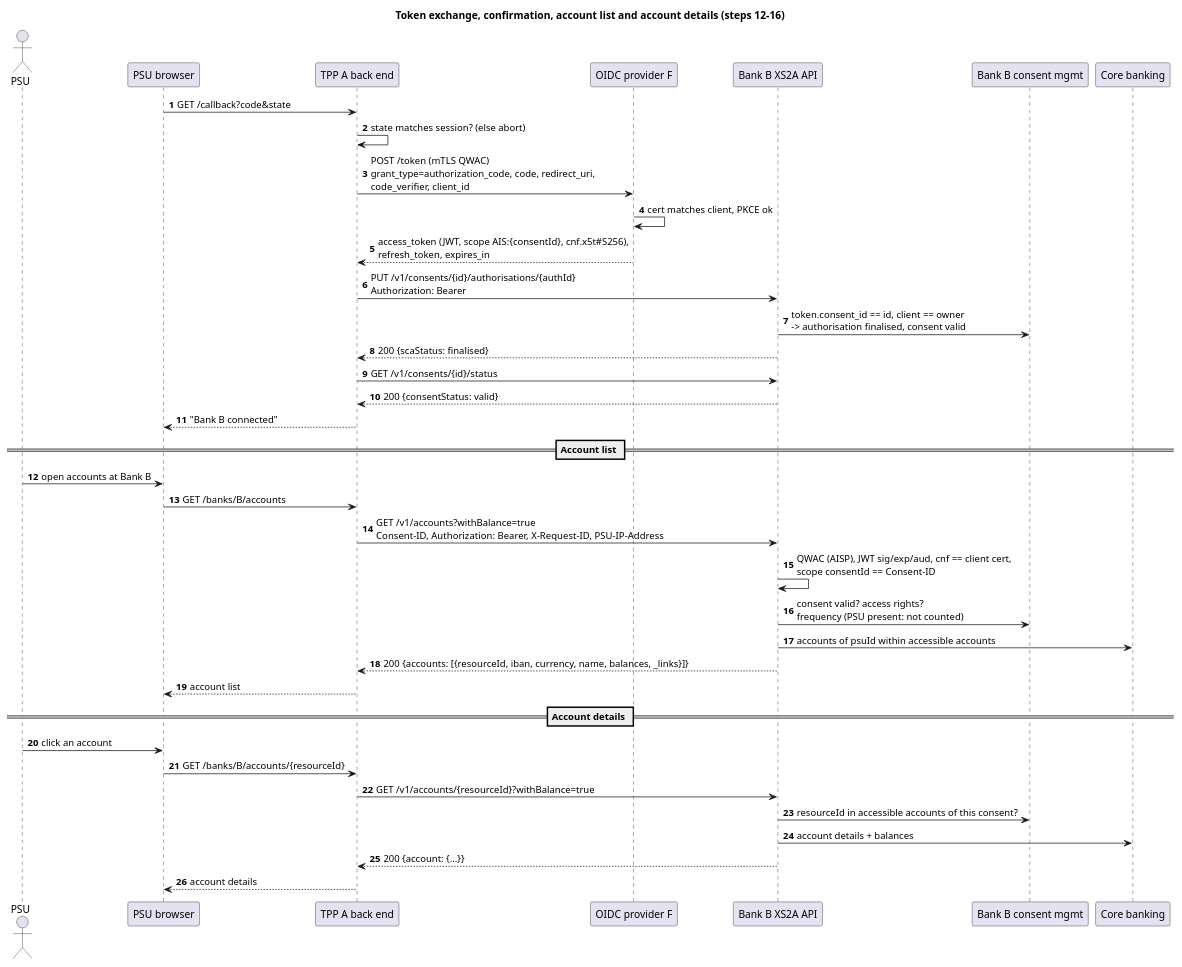
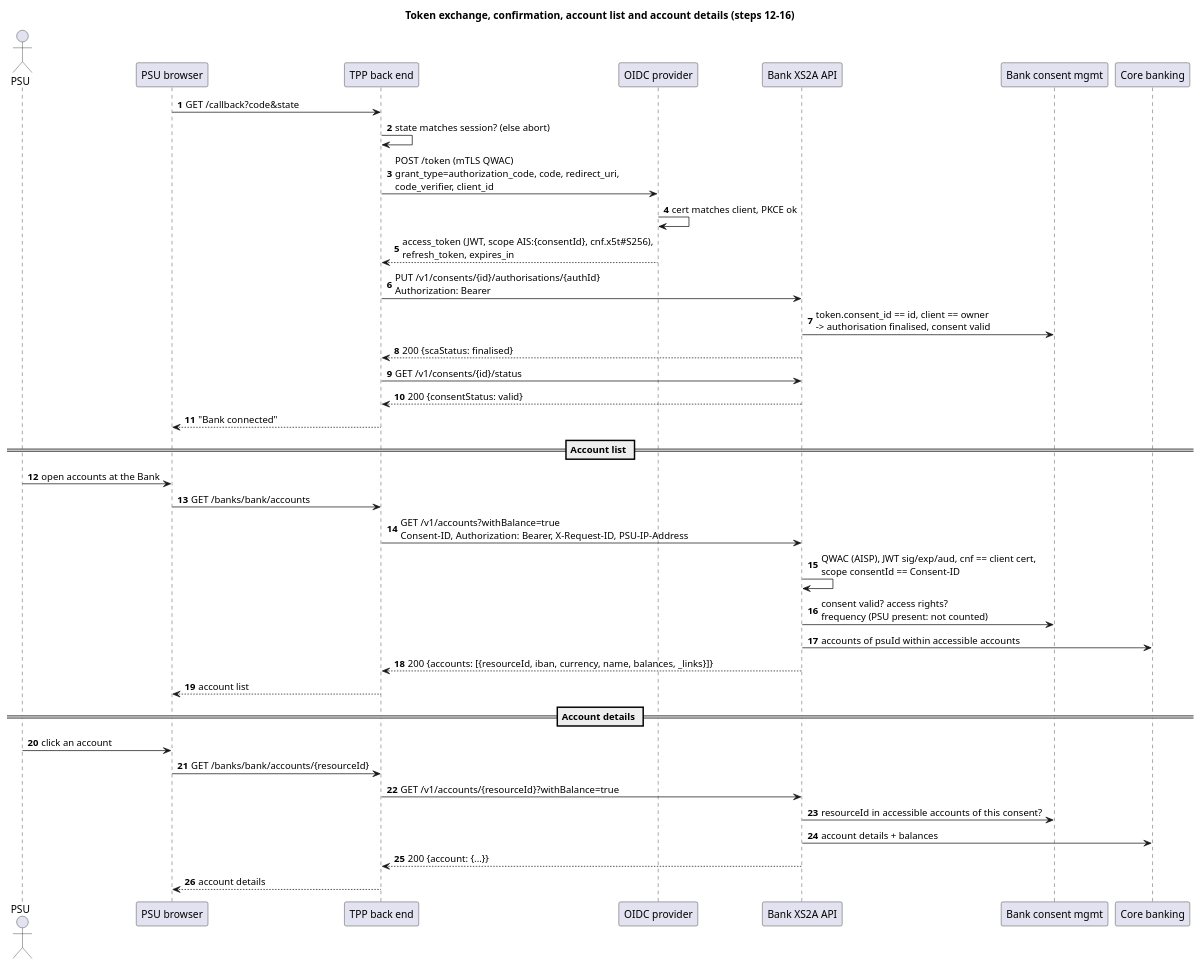
The diagram in docs/design/puml/06-seq-token-and-account-read.puml (vondacho/psd2-sandbox), drawn with PlantUML before and after one commit. The commit also changed 149 other files, not shown here.

```diff
--- a/docs/design/puml/06-seq-token-and-account-read.puml
+++ b/docs/design/puml/06-seq-token-and-account-read.puml
@@ -1,42 +1,42 @@
 @startuml 06-seq-token-and-account-read
 title Token exchange, confirmation, account list and account details (steps 12-16)
 autonumber
 actor PSU
 participant "PSU browser" as Br
-participant "TPP A back end" as A
-participant "OIDC provider F" as F
-participant "Bank B XS2A API" as XS2A
-participant "Bank B consent mgmt" as CM
+participant "TPP back end" as TPP
+participant "OIDC provider" as OIDC
+participant "Bank XS2A API" as XS2A
+participant "Bank consent mgmt" as CM
 participant "Core banking" as Core
 
-Br -> A : GET /callback?code&state
-A -> A : state matches session? (else abort)
-A -> F : POST /token (mTLS QWAC)\ngrant_type=authorization_code, code, redirect_uri,\ncode_verifier, client_id
-F -> F : cert matches client, PKCE ok
-F --> A : access_token (JWT, scope AIS:{consentId}, cnf.x5t#S256),\nrefresh_token, expires_in
-A -> XS2A : PUT /v1/consents/{id}/authorisations/{authId}\nAuthorization: Bearer
+Br -> TPP : GET /callback?code&state
+TPP -> TPP : state matches session? (else abort)
+TPP -> OIDC : POST /token (mTLS QWAC)\ngrant_type=authorization_code, code, redirect_uri,\ncode_verifier, client_id
+OIDC -> OIDC : cert matches client, PKCE ok
+OIDC --> TPP : access_token (JWT, scope AIS:{consentId}, cnf.x5t#S256),\nrefresh_token, expires_in
+TPP -> XS2A : PUT /v1/consents/{id}/authorisations/{authId}\nAuthorization: Bearer
 XS2A -> CM : token.consent_id == id, client == owner\n-> authorisation finalised, consent valid
-XS2A --> A : 200 {scaStatus: finalised}
-A -> XS2A : GET /v1/consents/{id}/status
-XS2A --> A : 200 {consentStatus: valid}
-A --> Br : "Bank B connected"
+XS2A --> TPP : 200 {scaStatus: finalised}
+TPP -> XS2A : GET /v1/consents/{id}/status
+XS2A --> TPP : 200 {consentStatus: valid}
+TPP --> Br : "Bank connected"
 
 == Account list ==
-PSU -> Br : open accounts at Bank B
-Br -> A : GET /banks/B/accounts
-A -> XS2A : GET /v1/accounts?withBalance=true\nConsent-ID, Authorization: Bearer, X-Request-ID, PSU-IP-Address
+PSU -> Br : open accounts at the Bank
+Br -> TPP : GET /banks/bank/accounts
+TPP -> XS2A : GET /v1/accounts?withBalance=true\nConsent-ID, Authorization: Bearer, X-Request-ID, PSU-IP-Address
 XS2A -> XS2A : QWAC (AISP), JWT sig/exp/aud, cnf == client cert,\nscope consentId == Consent-ID
 XS2A -> CM : consent valid? access rights?\nfrequency (PSU present: not counted)
 XS2A -> Core : accounts of psuId within accessible accounts
-XS2A --> A : 200 {accounts: [{resourceId, iban, currency, name, balances, _links}]}
-A --> Br : account list
+XS2A --> TPP : 200 {accounts: [{resourceId, iban, currency, name, balances, _links}]}
+TPP --> Br : account list
 
 == Account details ==
 PSU -> Br : click an account
-Br -> A : GET /banks/B/accounts/{resourceId}
-A -> XS2A : GET /v1/accounts/{resourceId}?withBalance=true
+Br -> TPP : GET /banks/bank/accounts/{resourceId}
+TPP -> XS2A : GET /v1/accounts/{resourceId}?withBalance=true
 XS2A -> CM : resourceId in accessible accounts of this consent?
 XS2A -> Core : account details + balances
-XS2A --> A : 200 {account: {...}}
-A --> Br : account details
+XS2A --> TPP : 200 {account: {...}}
+TPP --> Br : account details
 @enduml
```
